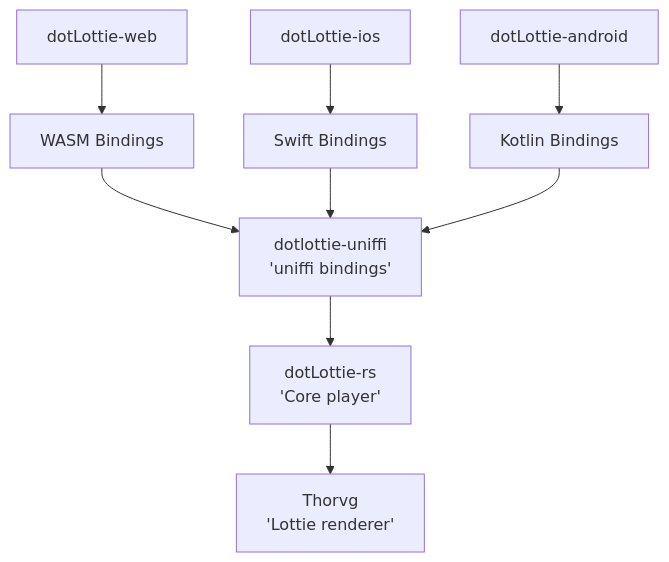
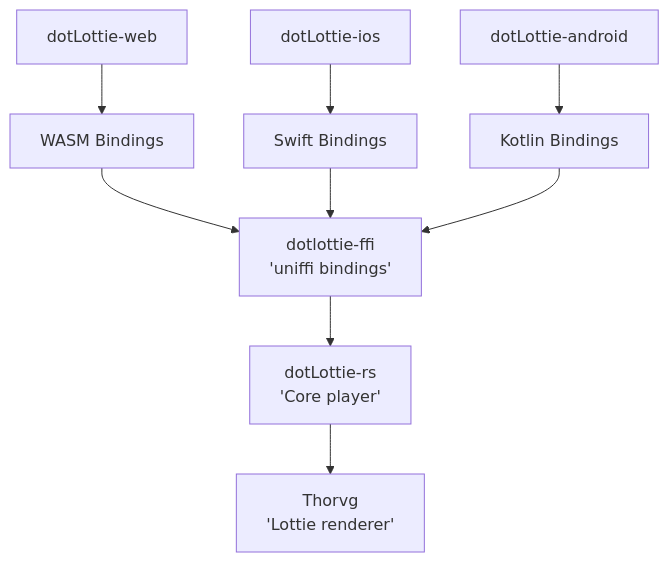
Before and after one commit to LottieFiles/dotlottie-rs: the diagram in README.md, drawn with Mermaid. The commit also changed other lines of this file and 16 other files, not shown here.

Commit message:
chore: rename mod from uniffi to ffi

````diff
--- a/README.md
+++ b/README.md
@@ -15,14 +15,14 @@
 ```mermaid
 flowchart TD
   A[dotLottie-web] --> WASM+Bindings[WASM Bindings]
   B[dotLottie-ios] --> swift+Bindings[Swift Bindings]
   C[dotLottie-android] --> kotlin+Bindings[Kotlin Bindings]
 
-  WASM+Bindings --> dotlottie-uniffi[dotlottie-uniffi \n 'uniffi bindings']
-  swift+Bindings --> dotlottie-uniffi[dotlottie-uniffi \n 'uniffi bindings']
-  kotlin+Bindings --> dotlottie-uniffi[dotlottie-uniffi \n 'uniffi bindings']
+  WASM+Bindings --> dotlottie-ffi[dotlottie-ffi \n 'uniffi bindings']
+  swift+Bindings --> dotlottie-ffi[dotlottie-ffi \n 'uniffi bindings']
+  kotlin+Bindings --> dotlottie-ffi[dotlottie-ffi \n 'uniffi bindings']
 
-  dotlottie-uniffi --> dotlottiers[dotLottie-rs \n 'Core player']
+  dotlottie-ffi --> dotlottiers[dotLottie-rs \n 'Core player']
 
   dotlottiers --> Thorvg[Thorvg \n 'Lottie renderer']
 ```
````
